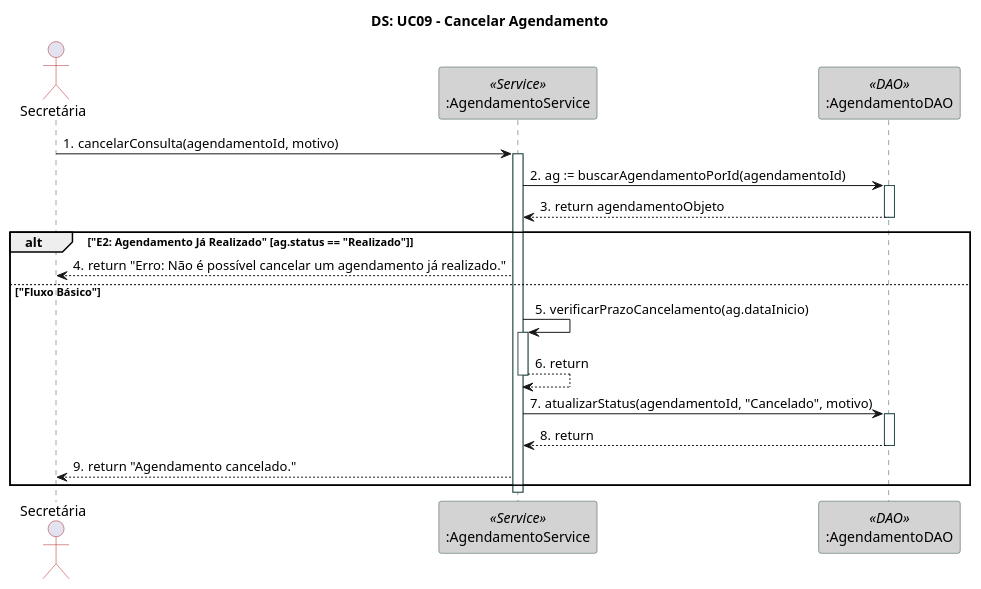
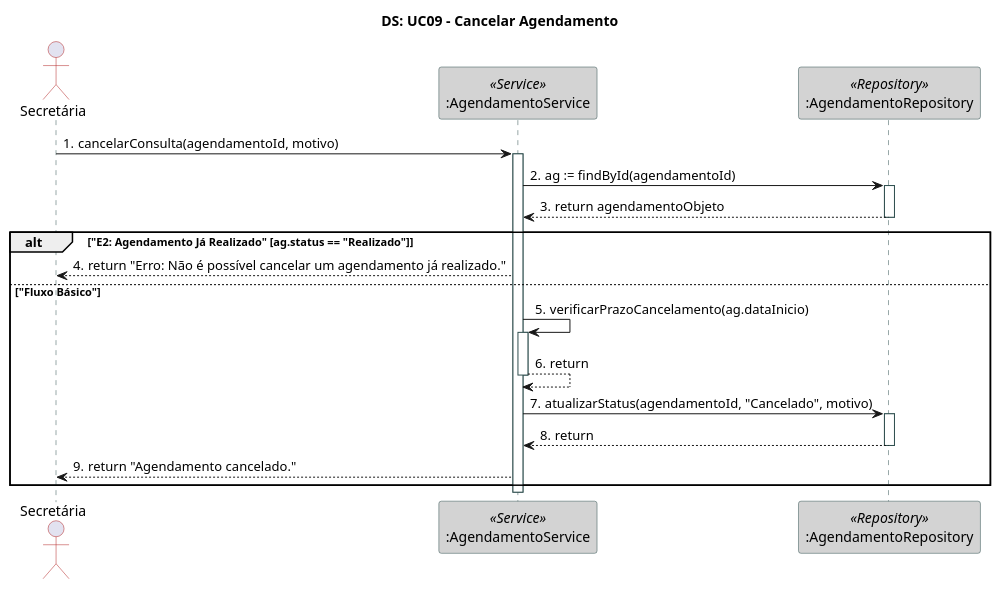
The ninth of 10 diagrams in docs/documentos-finais-definitivos/3.7_3.9_3.10_Modelagens/3.9. Modelagem de Interações/3.9. Modelagem de Interações.md (ps-es-2025-2/grupo4), drawn with PlantUML before and after one commit. The commit also changed other lines of this file and 29 other files, not shown here.

````diff
--- a/docs/documentos-finais-definitivos/3.7_3.9_3.10_Modelagens/3.9. Modelagem de Interações/3.9. Modelagem de Interações.md
+++ b/docs/documentos-finais-definitivos/3.7_3.9_3.10_Modelagens/3.9. Modelagem de Interações/3.9. Modelagem de Interações.md
@@ -689,65 +743,65 @@
 ```plantuml
 @startuml
 
 ' Diagrama de Sequência para UC09: Cancelar Agendamento
 ' Baseado no Fluxo Básico e Exceção E2.
 
 skinparam participant {
   BorderColor DarkSlateGray
   BackgroundColor LightGray
   ArrowColor Firebrick
 }
 
 skinparam sequence {
   LifeLineBorderColor DarkSlateGray
   ActorBorderColor Firebrick
 }
 
 title "DS: UC09 - Cancelar Agendamento"
 
 actor Secretária as Actor
 
 ' Participantes baseados no Diagrama de Classes
 participant ":AgendamentoService" as AgService <<Service>>
-participant ":AgendamentoDAO" as AgDAO <<DAO>>
+participant ":AgendamentoRepository" as AgRepository <<Repository>>
 
 autonumber "0."
 
 ' Passo 1 e 2: Ator acessa agendamento e seleciona "Cancelar"
 ' O método `cancelarConsulta` está no AgendamentoService
 Actor -> AgService: cancelarConsulta(agendamentoId, motivo)
 activate AgService
 
 ' Passo E2 (antes): O Sistema verifica o status do agendamento
 ' (Inferindo um método `buscarPorId` no DAO)
-AgService -> AgDAO: ag := buscarAgendamentoPorId(agendamentoId)
-activate AgDAO
-AgDAO --> AgService: return agendamentoObjeto
-deactivate AgDAO
+AgService -> AgRepository: ag := findById(agendamentoId)
+activate AgRepository
+AgRepository --> AgService: return agendamentoObjeto
+deactivate AgRepository
 
 ' Bloco 'alt' para Exceção E2 (Já Realizado)
 alt "E2: Agendamento Já Realizado" [ag.status == "Realizado"]
   AgService --> Actor: return "Erro: Não é possível cancelar um agendamento já realizado."
 else "Fluxo Básico"
   ' Passo 4: O Sistema verifica a antecedência (RN-AGENDA.3)
   AgService -> AgService: verificarPrazoCancelamento(ag.dataInicio)
   activate AgService
   ' (Lógica de RN-AGENDA.3 e E1 acontece aqui)
   AgService --> AgService: return
   deactivate AgService
   
   ' Passo 6: O Sistema atualiza o status
   ' (Inferindo um método de atualização de status no DAO)
-  AgService -> AgDAO: atualizarStatus(agendamentoId, "Cancelado", motivo)
-  activate AgDAO
-  AgDAO --> AgService: return
-  deactivate AgDAO
+  AgService -> AgRepository: atualizarStatus(agendamentoId, "Cancelado", motivo)
+  activate AgRepository
+  AgRepository --> AgService: return
+  deactivate AgRepository
   
   ' Passo 7: O caso de uso é encerrado
   AgService --> Actor: return "Agendamento cancelado."
 end
 
 deactivate AgService
 
 @enduml
 ```
````
